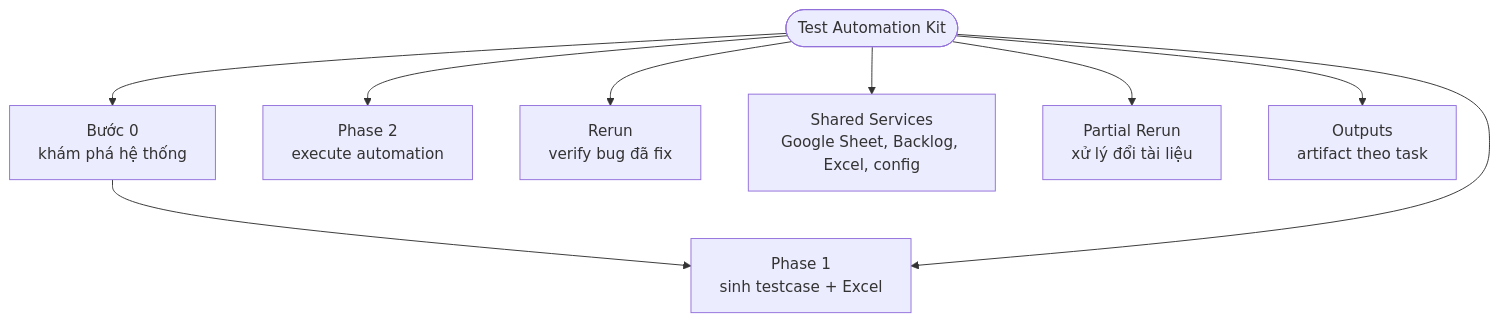
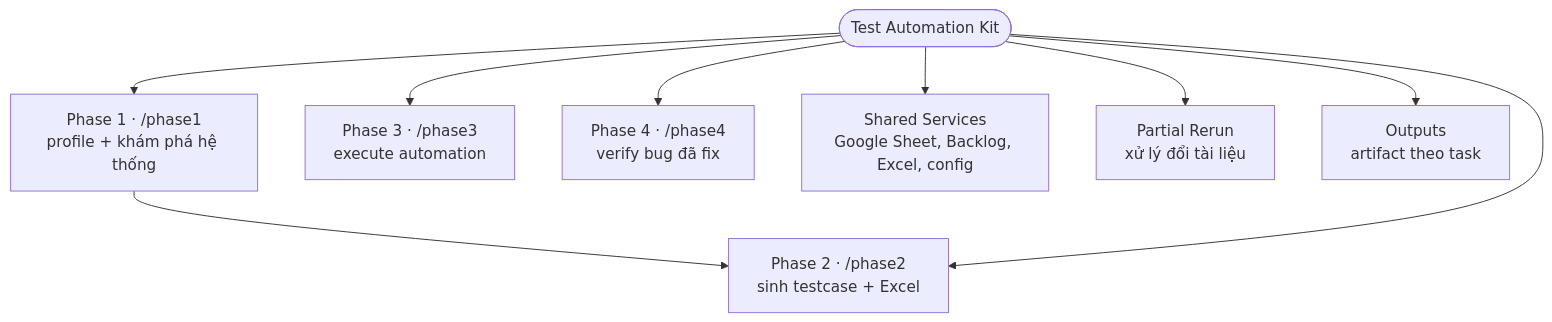
The diagram in README.md (hungmanh0206/test_automation_kit_v3.0), drawn with Mermaid before and after one commit. The commit also changed other lines of this file and 13 other files, not shown here.

````diff
--- a/README.md
+++ b/README.md
@@ -49,12 +49,12 @@
 ```mermaid
 flowchart TD
     Kit(["Test Automation Kit"])
-    Kit --> B0["Bước 0<br/>khám phá hệ thống"]
-    B0 --> P1
-    Kit --> P1["Phase 1<br/>sinh testcase + Excel"]
-    Kit --> P2["Phase 2<br/>execute automation"]
-    Kit --> RR["Rerun<br/>verify bug đã fix"]
+    Kit --> P1["Phase 1 · /phase1<br/>profile + khám phá hệ thống"]
+    P1 --> P2
+    Kit --> P2["Phase 2 · /phase2<br/>sinh testcase + Excel"]
+    Kit --> P3["Phase 3 · /phase3<br/>execute automation"]
+    Kit --> P4["Phase 4 · /phase4<br/>verify bug đã fix"]
     Kit --> SS["Shared Services<br/>Google Sheet, Backlog, Excel, config"]
     Kit --> PR["Partial Rerun<br/>xử lý đổi tài liệu"]
     Kit --> OUT["Outputs<br/>artifact theo task"]
 ```
````
